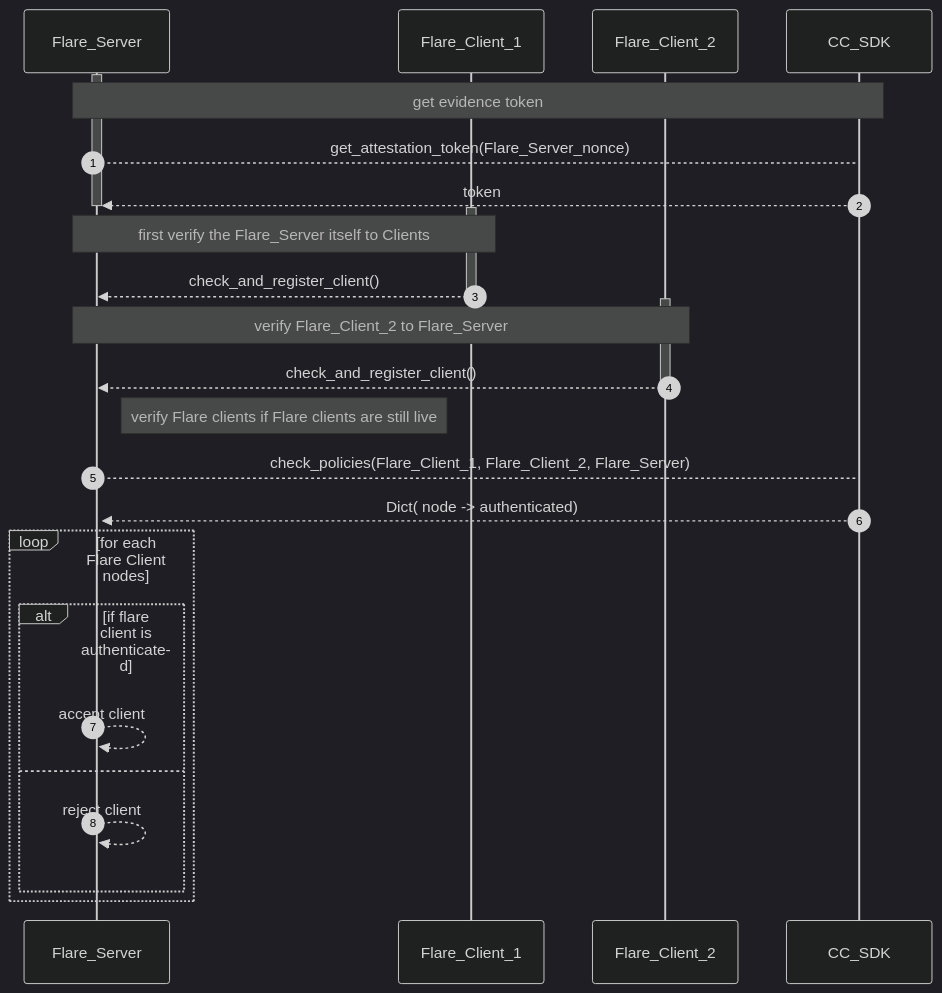
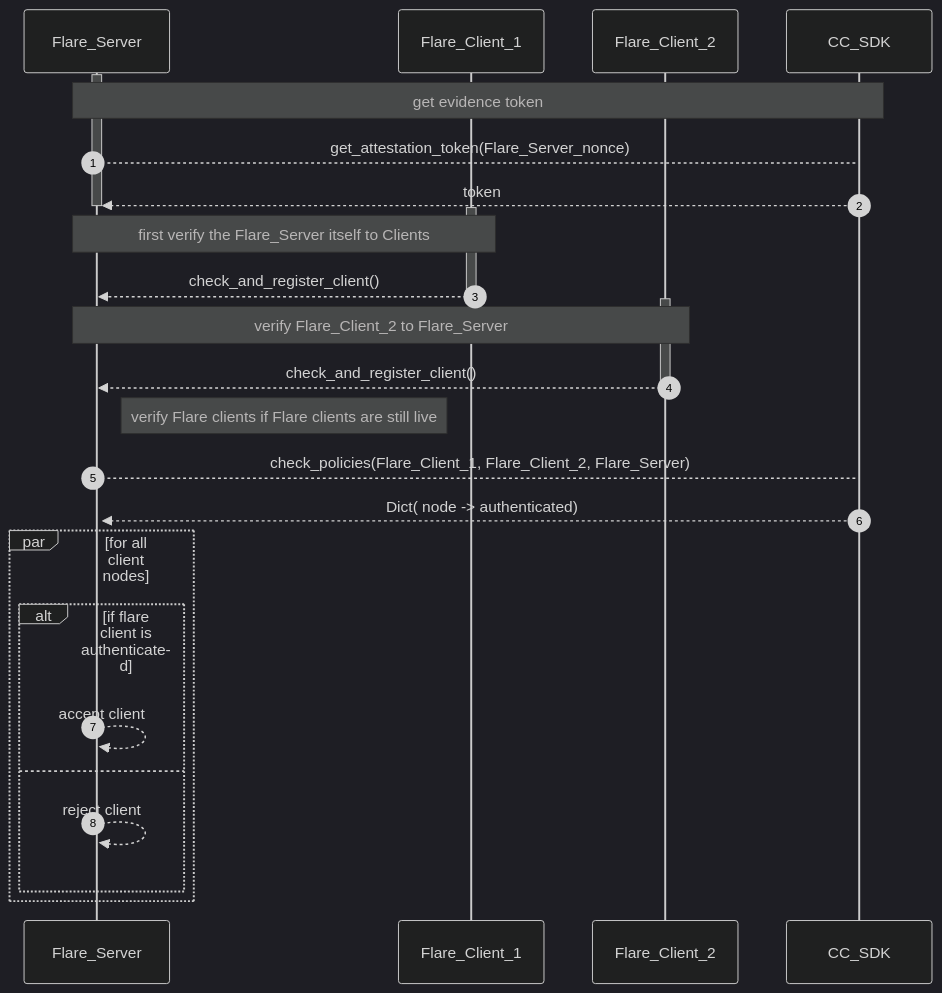
Before and after one commit to hitesh-ag1/NVFlare: the eighth of 9 diagrams in docs/confidential_computing/detailed_cc_sequence_diagram.md, drawn with Mermaid (dark theme).

Commit message:
Sequence diagram for CC

````diff
--- a/docs/confidential_computing/detailed_cc_sequence_diagram.md
+++ b/docs/confidential_computing/detailed_cc_sequence_diagram.md
@@ -187,37 +187,37 @@
 ```mermaid
 sequenceDiagram
    autonumber
      
     participant Flare_Server
     participant Flare_Client_1
     participant Flare_Client_2
     participant CC_SDK
      
     activate Flare_Server
     Note over Flare_Server, CC_SDK: get evidence token
     Flare_Server --> CC_SDK : get_attestation_token(Flare_Server_nonce)
     CC_SDK -->> Flare_Server : token
     deactivate Flare_Server
   
     activate Flare_Client_1
     Note over Flare_Server, Flare_Client_1: first verify the Flare_Server itself to Clients
     Flare_Client_1 -->> Flare_Server:  check_and_register_client() 
     deactivate Flare_Client_1
     
     activate Flare_Client_2
     Note over Flare_Server, Flare_Client_2: verify Flare_Client_2 to Flare_Server
     Flare_Client_2 -->> Flare_Server:  check_and_register_client() 
     deactivate Flare_Client_2
     
     activate Flare_Server
     Note right of Flare_Server : verify Flare clients if Flare clients are still live
     Flare_Server --> CC_SDK : check_policies(Flare_Client_1, Flare_Client_2, Flare_Server)
-    CC_SDK -->> Flare_Server : Dict( node -> authenticated) 
-    loop for each Flare Client nodes
-        alt if flare client is authenticated
-            Flare_Server -->>  Flare_Server:  accept client  
-        else
-            Flare_Server -->>  Flare_Server:  reject client  
-        end
+    CC_SDK -->> Flare_Server : Dict( node -> authenticated)
+    par for all client nodes 
+            alt if flare client is authenticated
+                Flare_Server -->>  Flare_Server:  accept client  
+            else
+                Flare_Server -->>  Flare_Server:  reject client  
+            end
     end
 ```
````
